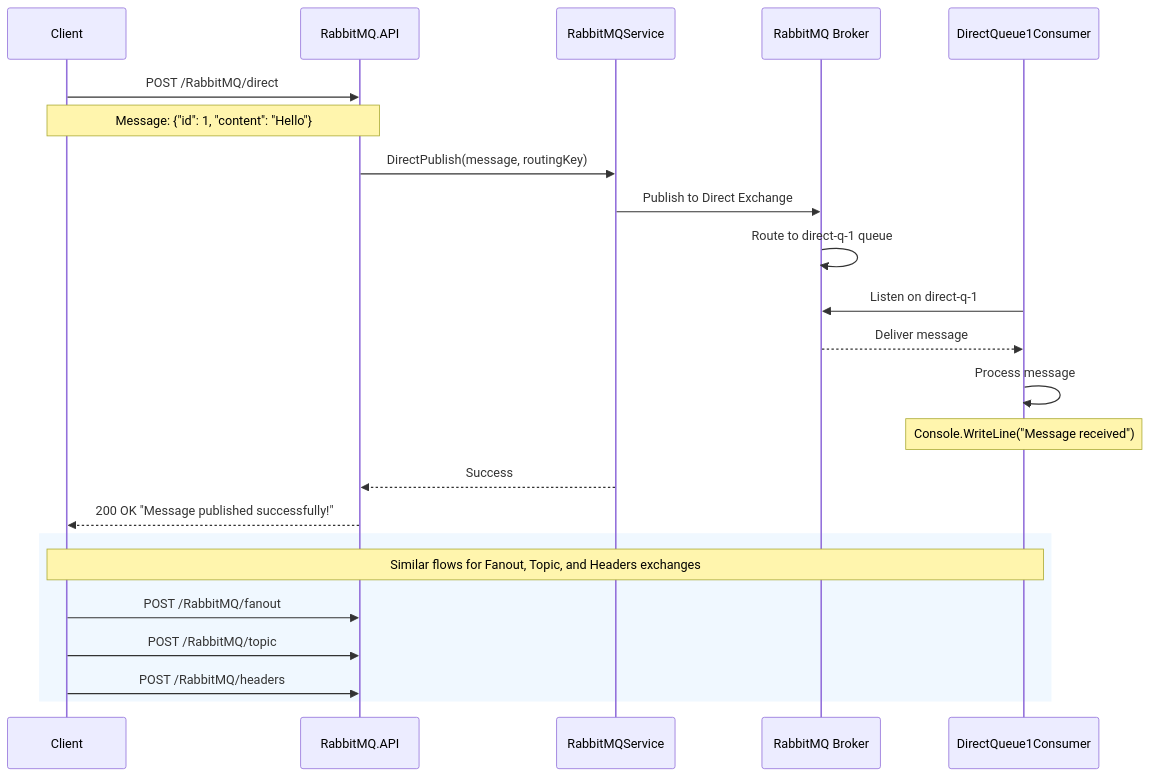
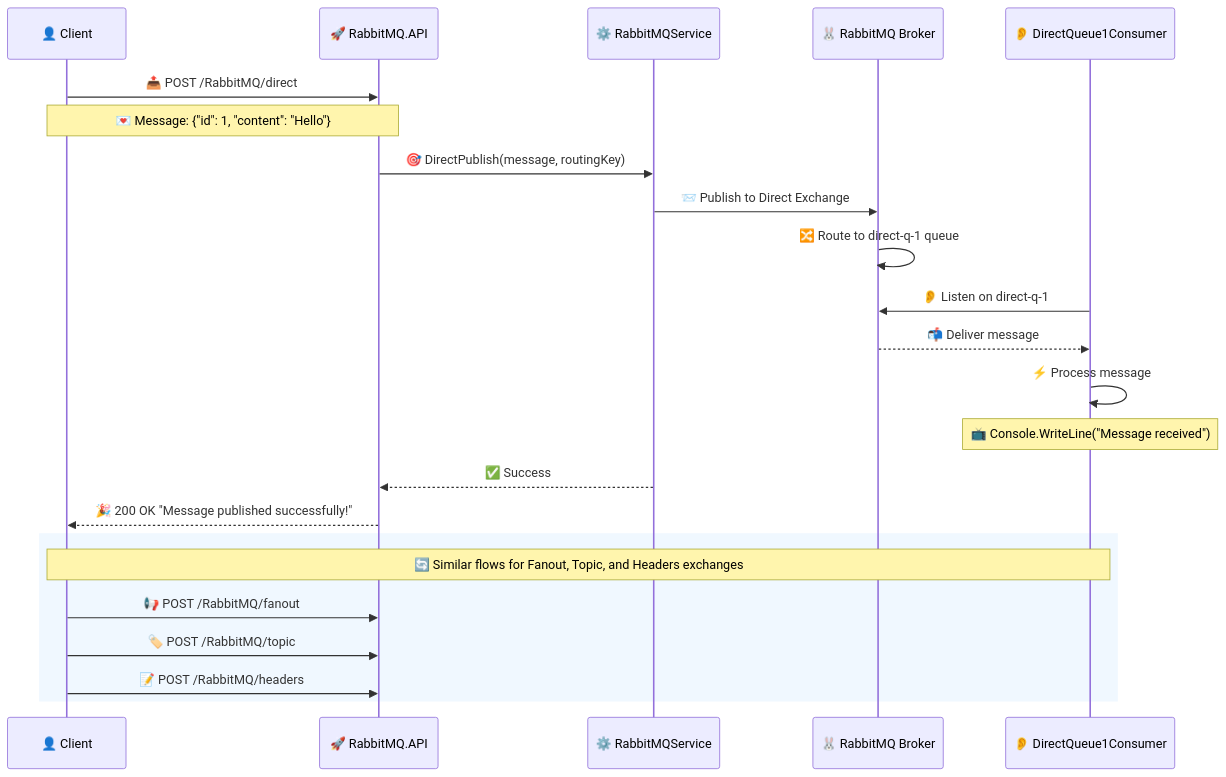
One commit to A-Safar/RabbitMQ.Playground changed the second of 3 diagrams in README.md. Above: the diagram before and after it, drawn with Mermaid. The commit also changed other lines of this file, not shown here.

````diff
--- a/README.md
+++ b/README.md
@@ -226,33 +226,33 @@
 ```mermaid
 sequenceDiagram
-    participant Client
-    participant API as RabbitMQ.API
-    participant Service as RabbitMQService
-    participant RMQ as RabbitMQ Broker
-    participant Consumer as DirectQueue1Consumer
+    participant Client as 👤 Client
+    participant API as 🚀 RabbitMQ.API
+    participant Service as ⚙️ RabbitMQService
+    participant RMQ as 🐰 RabbitMQ Broker
+    participant Consumer as 👂 DirectQueue1Consumer
 
     %% Publishing Flow
-    Client->>API: POST /RabbitMQ/direct
-    Note over Client,API: Message: {"id": 1, "content": "Hello"}
-    API->>Service: DirectPublish(message, routingKey)
-    Service->>RMQ: Publish to Direct Exchange
-    RMQ->>RMQ: Route to direct-q-1 queue
+    Client->>API: 📤 POST /RabbitMQ/direct
+    Note over Client,API: 💌 Message: {"id": 1, "content": "Hello"}
+    API->>Service: 🎯 DirectPublish(message, routingKey)
+    Service->>RMQ: 📨 Publish to Direct Exchange
+    RMQ->>RMQ: 🔀 Route to direct-q-1 queue
     
     %% Consuming Flow
-    Consumer->>RMQ: Listen on direct-q-1
-    RMQ-->>Consumer: Deliver message
-    Consumer->>Consumer: Process message
-    Note over Consumer: Console.WriteLine("Message received")
+    Consumer->>RMQ: 👂 Listen on direct-q-1
+    RMQ-->>Consumer: 📬 Deliver message
+    Consumer->>Consumer: ⚡ Process message
+    Note over Consumer: 📺 Console.WriteLine("Message received")
     
     %% Response
-    Service-->>API: Success
-    API-->>Client: 200 OK "Message published successfully!"
+    Service-->>API: ✅ Success
+    API-->>Client: 🎉 200 OK "Message published successfully!"
 
     %% Other Exchange Types
     rect rgb(240, 248, 255)
-        Note over Client,Consumer: Similar flows for Fanout, Topic, and Headers exchanges
-        Client->>API: POST /RabbitMQ/fanout
-        Client->>API: POST /RabbitMQ/topic
-        Client->>API: POST /RabbitMQ/headers
+        Note over Client,Consumer: 🔄 Similar flows for Fanout, Topic, and Headers exchanges
+        Client->>API: 📢 POST /RabbitMQ/fanout
+        Client->>API: 🏷️ POST /RabbitMQ/topic
+        Client->>API: 📝 POST /RabbitMQ/headers
     end
 ```
````
